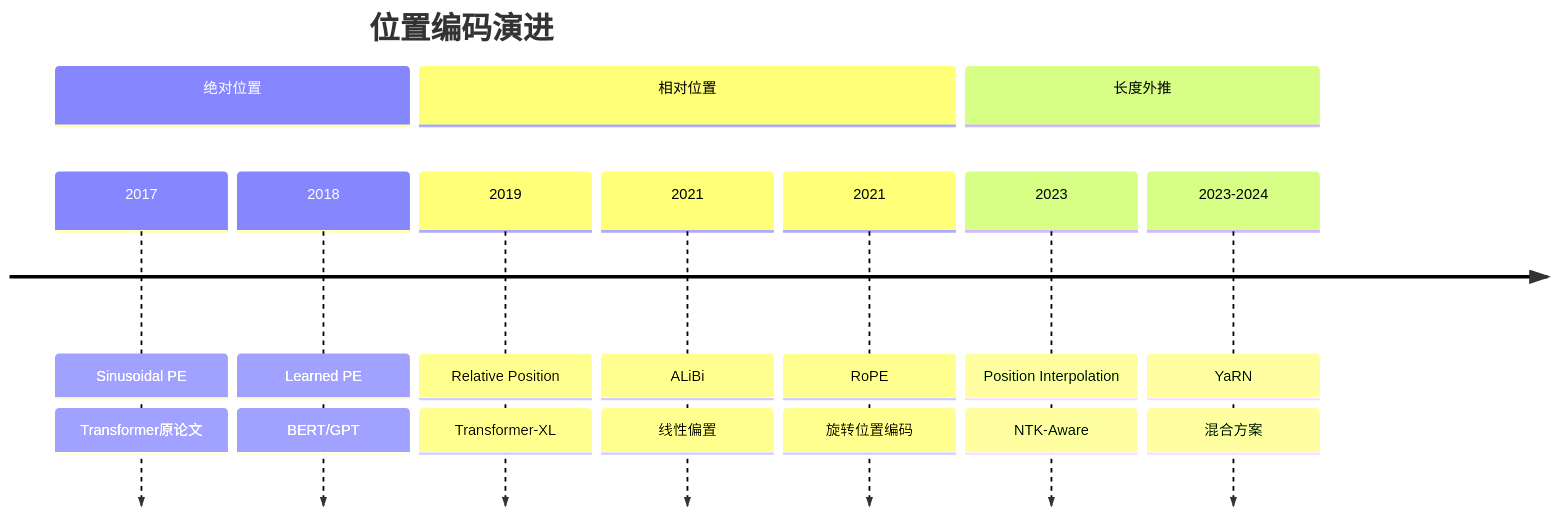
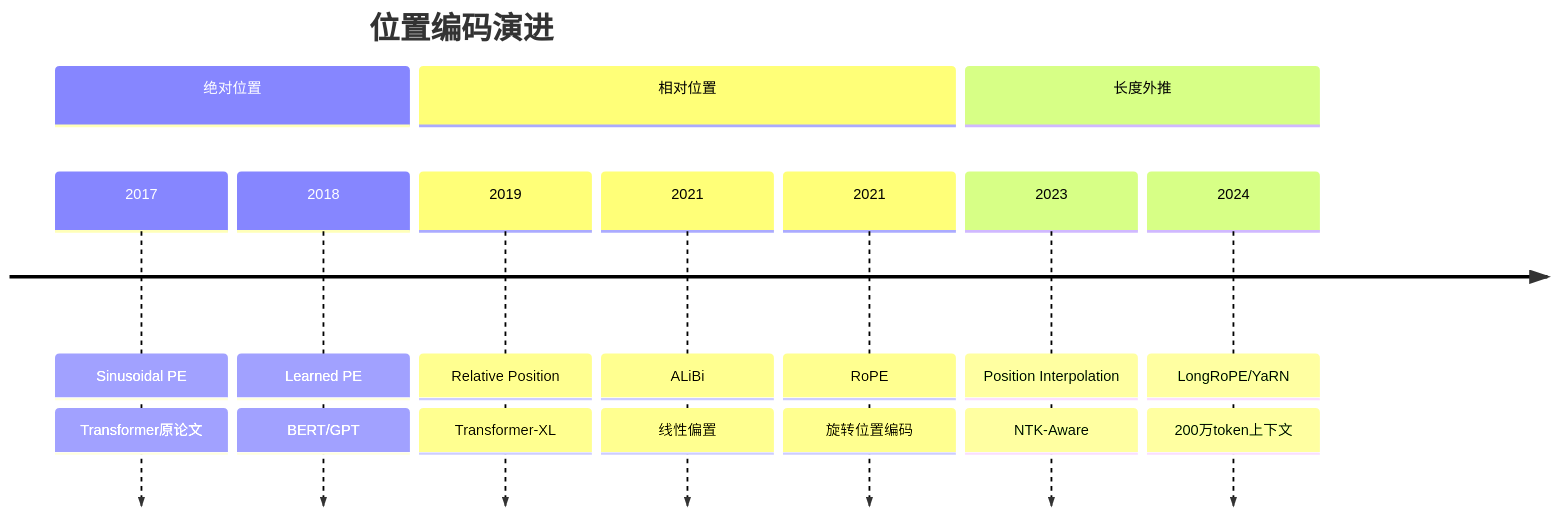
The third of 15 diagrams in learning/website/docs/basics/04-positional-encoding.md (Xunzhuo/mini-sglang), drawn with Mermaid before and after one commit. The commit also changed other lines of this file and 9 other files, not shown here.

````diff
--- a/learning/website/docs/basics/04-positional-encoding.md
+++ b/learning/website/docs/basics/04-positional-encoding.md
@@ -49,21 +49,21 @@
 ```mermaid
 timeline
     title 位置编码演进
     section 绝对位置
         2017 : Sinusoidal PE
              : Transformer原论文
         2018 : Learned PE
              : BERT/GPT
     section 相对位置
         2019 : Relative Position
              : Transformer-XL
         2021 : ALiBi
              : 线性偏置
         2021 : RoPE
              : 旋转位置编码
     section 长度外推
         2023 : Position Interpolation
              : NTK-Aware
-        2023-2024 : YaRN
-                  : 混合方案
+        2024 : LongRoPE/YaRN
+             : 200万token上下文
 ```
````
